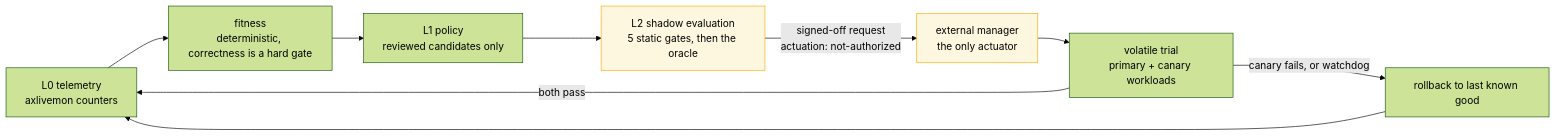
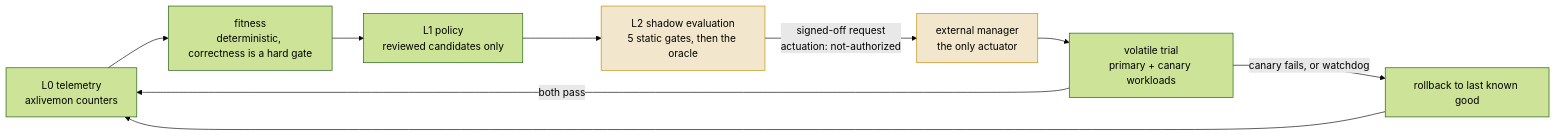
One commit to Scynth-Labs/atomiX changed the second of 2 diagrams in docs/research-checklist.md. Above: the diagram before and after it, drawn with Mermaid (forest theme). The commit also changed other lines of this file and 5 other files, not shown here.

Commit message:
Update diagram styles for consistency across documentation

````diff
--- a/docs/research-checklist.md
+++ b/docs/research-checklist.md
@@ -398,14 +398,14 @@
 ```mermaid
 flowchart LR
   tel["L0 telemetry<br/>axlivemon counters"] --> fit["fitness<br/>deterministic, correctness is a hard gate"]
   fit --> pol["L1 policy<br/>reviewed candidates only"]
   pol --> shad["L2 shadow evaluation<br/>5 static gates, then the oracle"]
   shad -->|"signed-off request<br/>actuation: not-authorized"| mgr["external manager<br/>the only actuator"]
   mgr --> trial["volatile trial<br/>primary + canary workloads"]
   trial -->|"canary fails, or watchdog"| roll["rollback to last known good"]
   trial -->|"both pass"| tel
   roll --> tel
 
-  classDef gate fill:#fef7e0,stroke:#f9ab00
+  classDef gate fill:#bf870033,stroke:#bf8700
   class shad,mgr gate
 ```
````
